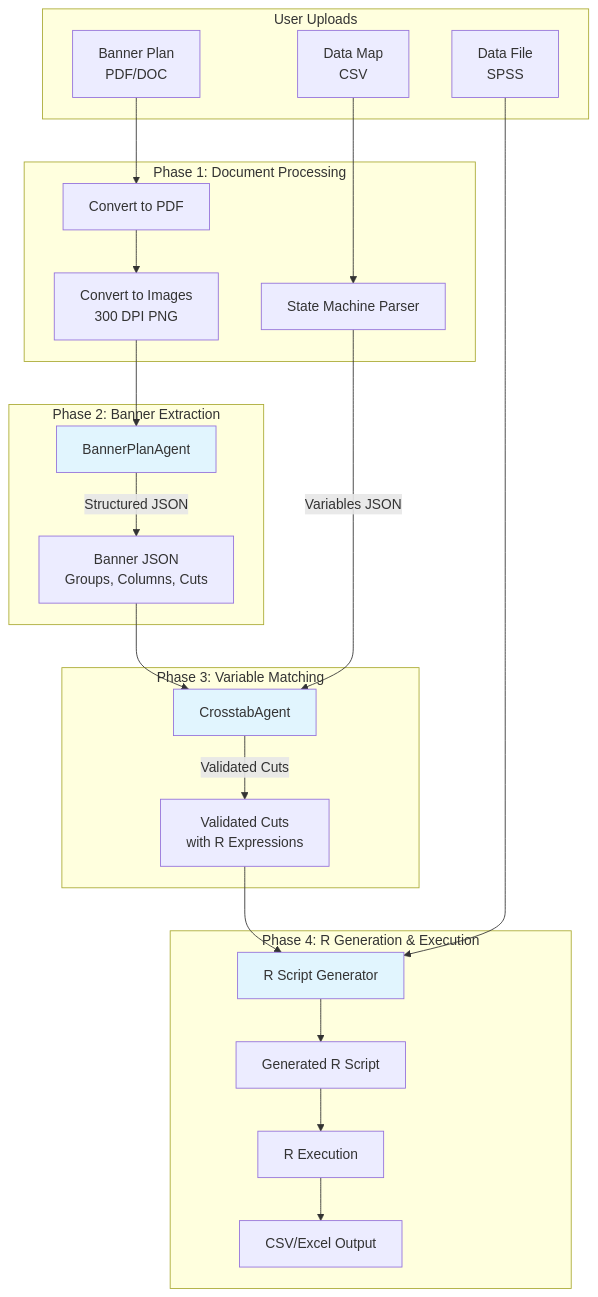
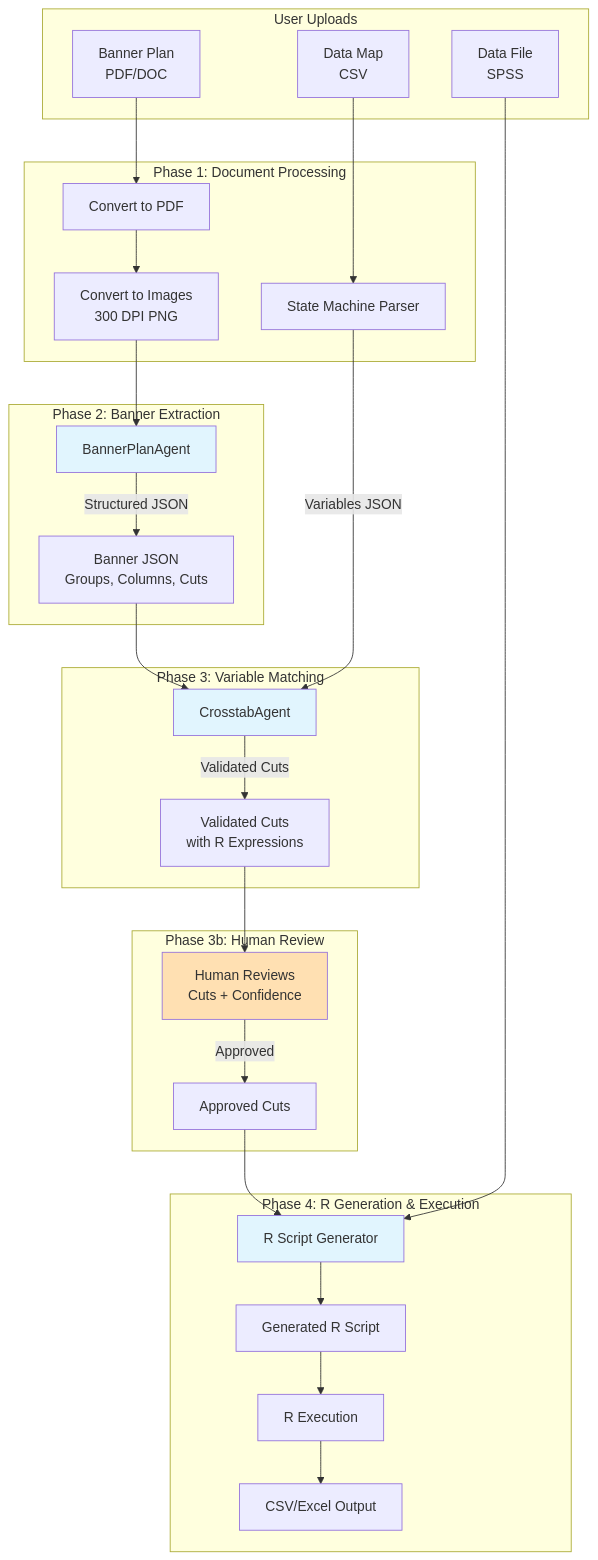
Before and after one commit to HawkPartners/hawktab-ai: the first of 4 diagrams in docs/architecture/agent-flow-overview.md, drawn with Mermaid. The commit also changed other lines of this file, not shown here.

Commit message:
finalized agent-flow-overview

````diff
--- a/docs/architecture/agent-flow-overview.md
+++ b/docs/architecture/agent-flow-overview.md
@@ -19,37 +19,43 @@
 ```mermaid
 flowchart TD
     subgraph inputs["User Uploads"]
         BP[Banner Plan<br/>PDF/DOC]
         DM[Data Map<br/>CSV]
         DF[Data File<br/>SPSS]
     end
 
     subgraph phase1["Phase 1: Document Processing"]
         BP --> PDF[Convert to PDF]
         PDF --> IMG[Convert to Images<br/>300 DPI PNG]
         DM --> PARSE[State Machine Parser]
     end
 
     subgraph phase2["Phase 2: Banner Extraction"]
         IMG --> BPA[BannerPlanAgent]
         BPA --> |"Structured JSON"| BJSON[Banner JSON<br/>Groups, Columns, Cuts]
     end
 
     subgraph phase3["Phase 3: Variable Matching"]
         BJSON --> CTA[CrosstabAgent]
         PARSE --> |"Variables JSON"| CTA
         CTA --> |"Validated Cuts"| VCUTS[Validated Cuts<br/>with R Expressions]
     end
 
+    subgraph phase3b["Phase 3b: Human Review"]
+        VCUTS --> REVIEW[Human Reviews<br/>Cuts + Confidence]
+        REVIEW --> |"Approved"| APPROVED[Approved Cuts]
+    end
+
     subgraph phase4["Phase 4: R Generation & Execution"]
-        VCUTS --> RSA[R Script Generator]
+        APPROVED --> RSA[R Script Generator]
         DF --> RSA
         RSA --> RSCRIPT[Generated R Script]
         RSCRIPT --> EXEC[R Execution]
         EXEC --> OUTPUT[CSV/Excel Output]
     end
 
     style BPA fill:#e1f5fe
     style CTA fill:#e1f5fe
     style RSA fill:#e1f5fe
+    style REVIEW fill:#ffe0b2
 ```
````
